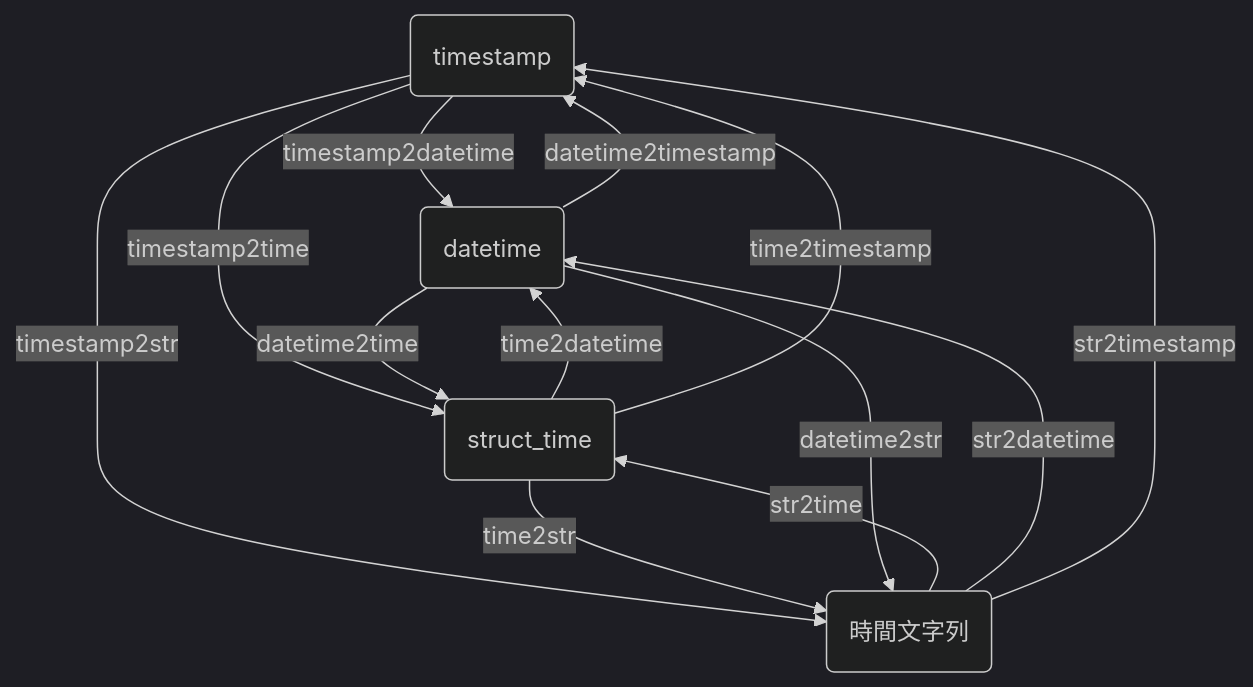
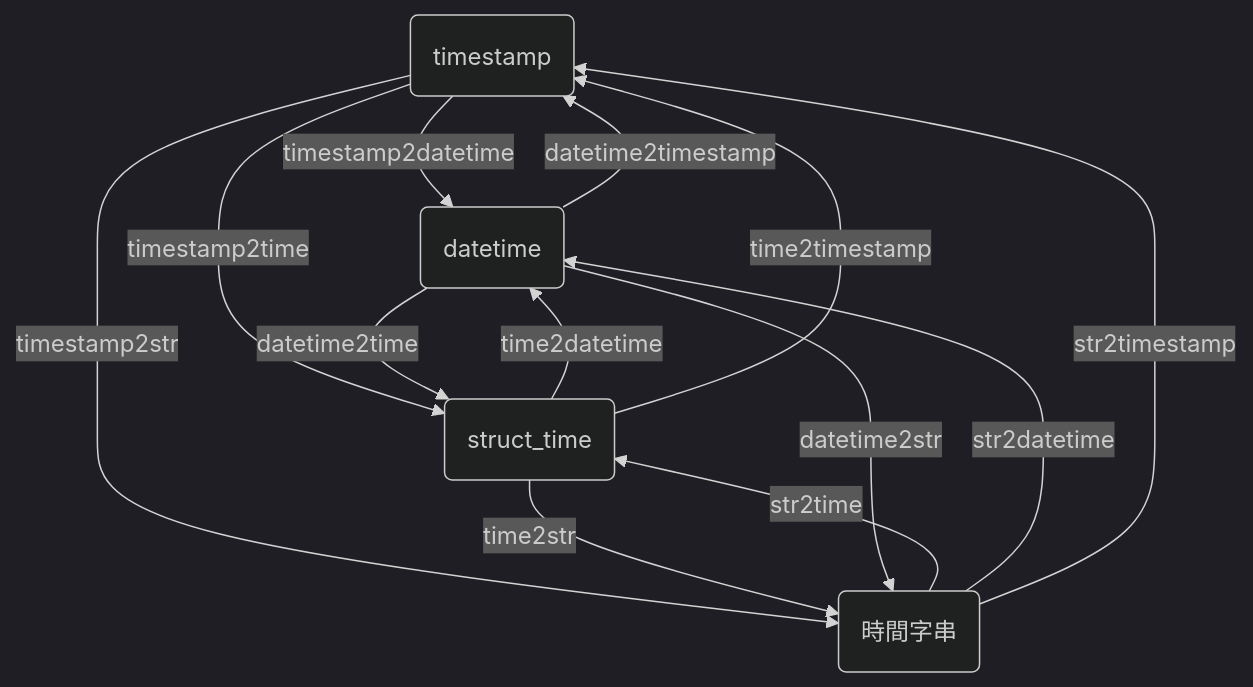
The diagram in i18n/ja/docusaurus-plugin-content-docs/current/capybara/funcs/time/time2time.md (DocsaidLab/website), drawn with Mermaid (dark theme) before and after one commit. The commit also changed other lines of this file and 214 other files, not shown here.

````diff
--- a/i18n/ja/docusaurus-plugin-content-docs/current/capybara/funcs/time/time2time.md
+++ b/i18n/ja/docusaurus-plugin-content-docs/current/capybara/funcs/time/time2time.md
@@ -19,23 +13,23 @@
 ```mermaid
 graph TD
     timestamp(timestamp)
     struct_time(struct_time)
     datetime(datetime)
-    str(時間文字列)
+    str(時間字串)
 
     timestamp -->|timestamp2datetime| datetime
     timestamp -->|timestamp2time| struct_time
     timestamp -->|timestamp2str| str
 
     struct_time -->|time2datetime| datetime
     struct_time -->|time2timestamp| timestamp
     struct_time -->|time2str| str
 
     datetime -->|datetime2time| struct_time
     datetime -->|datetime2timestamp| timestamp
     datetime -->|datetime2str| str
 
     str -->|str2time| struct_time
     str -->|str2datetime| datetime
     str -->|str2timestamp| timestamp
 ```
````
